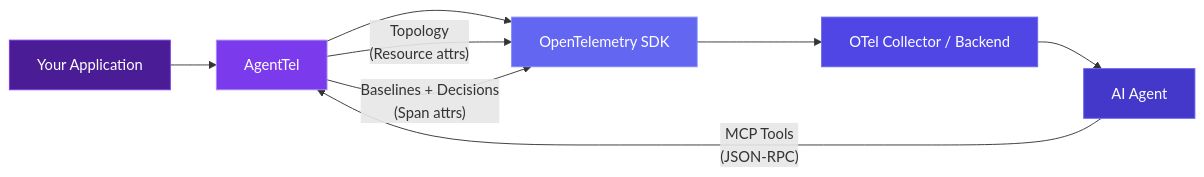
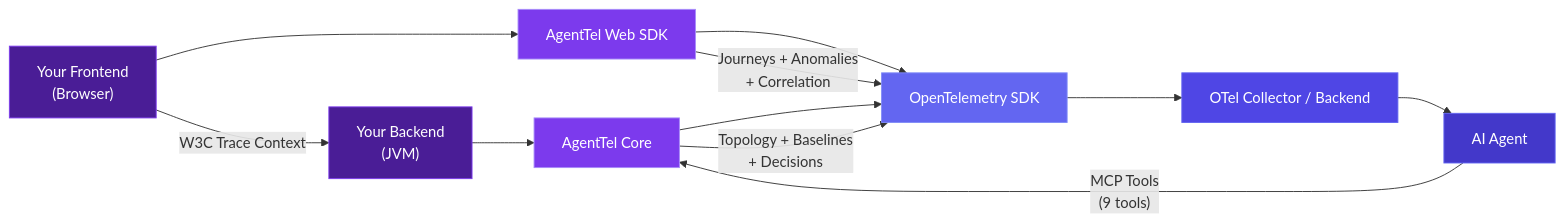
The first of 2 diagrams in docs/index.md (rrohitramsen/AgentTel), drawn with Mermaid before and after one commit. The commit also changed other lines of this file, not shown here.

Commit message:
Update How It Works diagram and table with full-stack scope
- Show backend and frontend as separate paths through AgentTel
- Add W3C Trace Context link between frontend and backend
- Add Journeys, Anomalies, and Correlation rows to enrichment table

````diff
--- a/docs/index.md
+++ b/docs/index.md
@@ -49,17 +49,22 @@
 ```mermaid
 graph LR
-    A["Your Application"] --> B["AgentTel"]
-    B --> C["OpenTelemetry SDK"]
+    B1["Your Backend<br/>(JVM)"] --> AT1["AgentTel Core"]
+    B2["Your Frontend<br/>(Browser)"] --> AT2["AgentTel Web SDK"]
+    AT1 --> C["OpenTelemetry SDK"]
+    AT2 --> C
     C --> D["OTel Collector / Backend"]
     D --> E["AI Agent"]
 
-    B -->|"Topology<br/>(Resource attrs)"| C
-    B -->|"Baselines + Decisions<br/>(Span attrs)"| C
-    E -->|"MCP Tools<br/>(JSON-RPC)"| B
+    AT1 -->|"Topology + Baselines<br/>+ Decisions"| C
+    AT2 -->|"Journeys + Anomalies<br/>+ Correlation"| C
+    E -->|"MCP Tools<br/>(9 tools)"| AT1
+    B2 -->|"W3C Trace Context"| B1
 
-    style A fill:#4a1d96,stroke:#7c3aed,color:#fff
-    style B fill:#7c3aed,stroke:#a78bfa,color:#fff
+    style B1 fill:#4a1d96,stroke:#7c3aed,color:#fff
+    style B2 fill:#4a1d96,stroke:#7c3aed,color:#fff
+    style AT1 fill:#7c3aed,stroke:#a78bfa,color:#fff
+    style AT2 fill:#7c3aed,stroke:#a78bfa,color:#fff
     style C fill:#6366f1,stroke:#818cf8,color:#fff
     style D fill:#4f46e5,stroke:#6366f1,color:#fff
     style E fill:#4338ca,stroke:#6366f1,color:#fff
 ```
````
